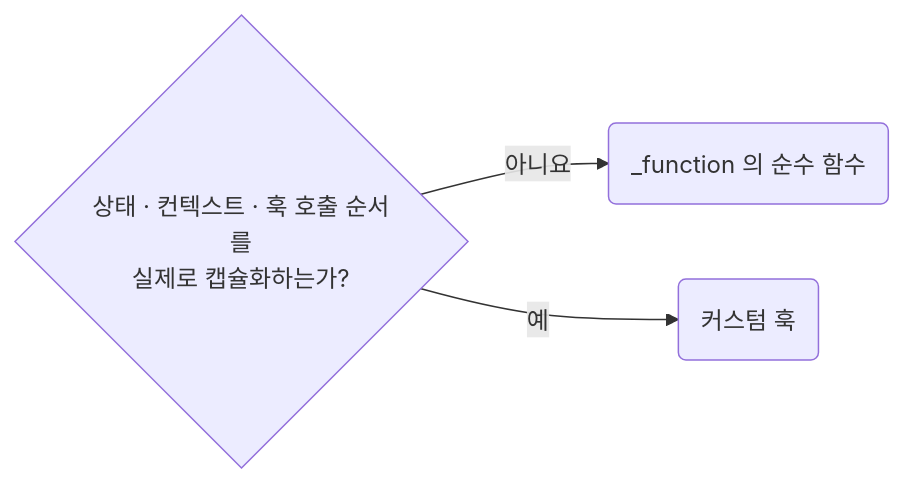
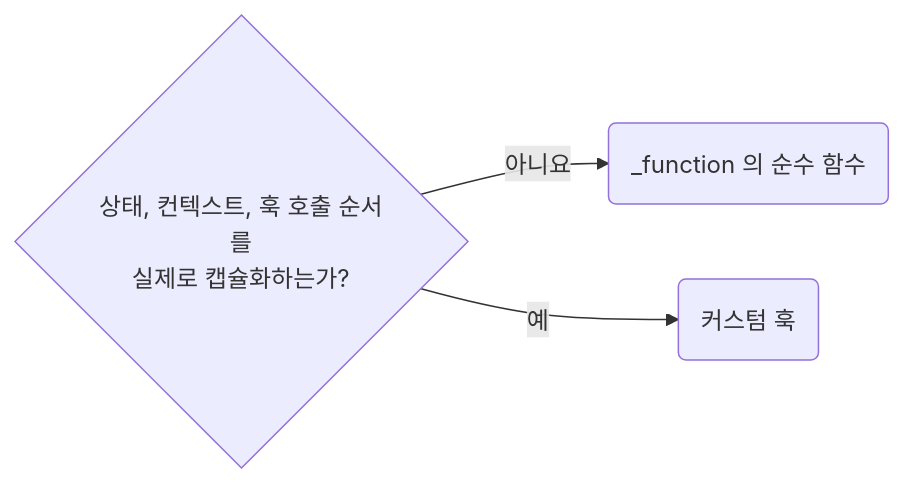
The diagram in skill/react/rules/01-05-ownership-prefer-plain-ts-for-local-react-helpers.md (minu-ha/agent-conventions), drawn with Mermaid before and after one commit. The commit also changed other lines of this file and 194 other files, not shown here.

````diff
--- a/skill/react/rules/01-05-ownership-prefer-plain-ts-for-local-react-helpers.md
+++ b/skill/react/rules/01-05-ownership-prefer-plain-ts-for-local-react-helpers.md
@@ -25,5 +25,5 @@
 ```mermaid
 flowchart LR
-	q1{"상태 · 컨텍스트 · 훅 호출 순서를<br>실제로 캡슐화하는가?"} -- 아니요 --> r1("_function 의 순수 함수")
+	q1{"상태, 컨텍스트, 훅 호출 순서를<br>실제로 캡슐화하는가?"} -- 아니요 --> r1("_function 의 순수 함수")
 	q1 -- 예 --> r2("커스텀 훅")
 ```
````
